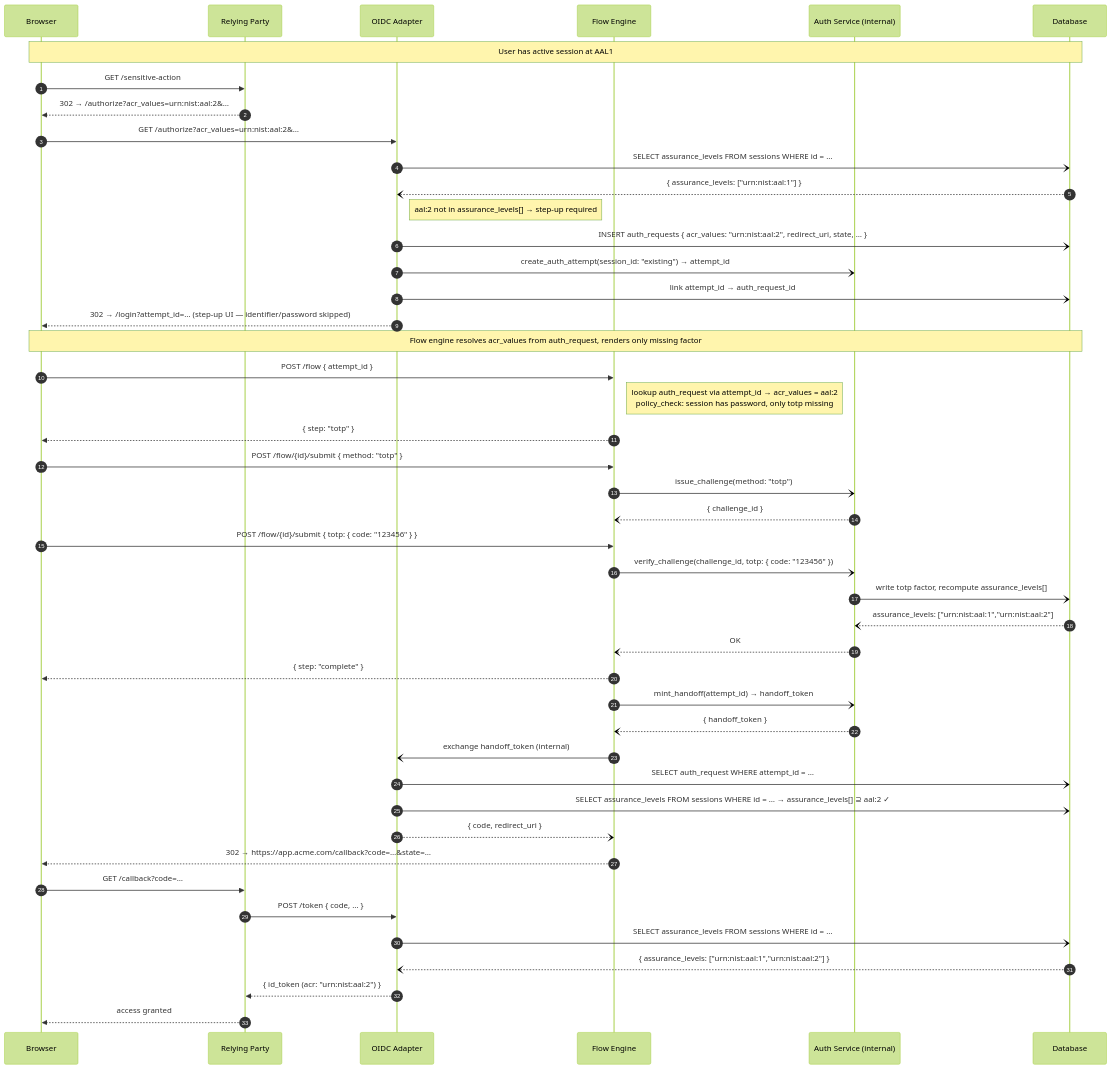
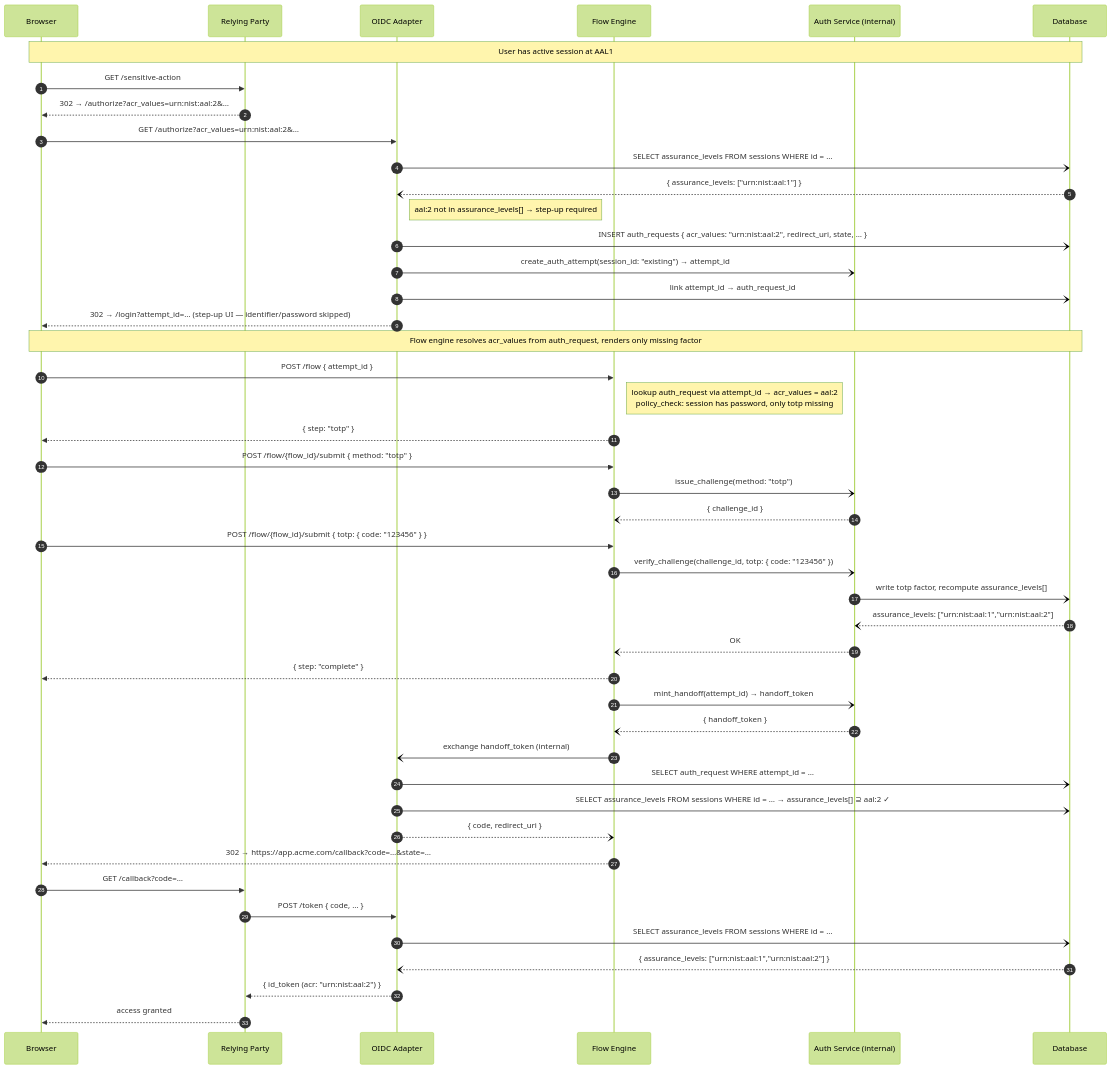
Before and after one commit to zitadel/nextgen: the fourth of 4 diagrams in docs/design/api/authn-and-auth-flows.md, drawn with Mermaid (forest theme). The commit also changed other lines of this file and 370 other files, not shown here.

````diff
--- a/docs/design/api/authn-and-auth-flows.md
+++ b/docs/design/api/authn-and-auth-flows.md
@@ -357,56 +357,56 @@
 ```mermaid
 sequenceDiagram
     autonumber
     participant Browser
     participant RP as Relying Party
     participant OIDCAdapter as OIDC Adapter
     participant FlowEngine as Flow Engine
     participant AuthService as Auth Service (internal)
     participant DB as Database
 
     Note over Browser,DB: User has active session at AAL1
 
     Browser->>RP: GET /sensitive-action
     RP-->>Browser: 302 → /authorize?acr_values=urn:nist:aal:2&…
 
     Browser->>OIDCAdapter: GET /authorize?acr_values=urn:nist:aal:2&…
     OIDCAdapter-)DB: SELECT assurance_levels FROM sessions WHERE id = …
     DB--)OIDCAdapter: { assurance_levels: ["urn:nist:aal:1"] }
     Note right of OIDCAdapter: aal:2 not in assurance_levels[] → step-up required
 
     OIDCAdapter-)DB: INSERT auth_requests { acr_values: "urn:nist:aal:2", redirect_uri, state, … }
     OIDCAdapter-)AuthService: create_auth_attempt(session_id: "existing") → attempt_id
     OIDCAdapter-)DB: link attempt_id → auth_request_id
     OIDCAdapter-->>Browser: 302 → /login?attempt_id=… (step-up UI — identifier/password skipped)
 
     Note over Browser,DB: Flow engine resolves acr_values from auth_request, renders only missing factor
 
     Browser->>FlowEngine: POST /flow { attempt_id }
     Note right of FlowEngine: lookup auth_request via attempt_id → acr_values = aal:2<br/>policy_check: session has password, only totp missing
     FlowEngine-->>Browser: { step: "totp" }
 
-    Browser->>FlowEngine: POST /flow/{id}/submit { method: "totp" }
+    Browser->>FlowEngine: POST /flow/{flow_id}/submit { method: "totp" }
     FlowEngine-)AuthService: issue_challenge(method: "totp")
     AuthService--)FlowEngine: { challenge_id }
-    Browser->>FlowEngine: POST /flow/{id}/submit { totp: { code: "123456" } }
+    Browser->>FlowEngine: POST /flow/{flow_id}/submit { totp: { code: "123456" } }
     FlowEngine-)AuthService: verify_challenge(challenge_id, totp: { code: "123456" })
     AuthService-)DB: write totp factor, recompute assurance_levels[]
     DB--)AuthService: assurance_levels: ["urn:nist:aal:1","urn:nist:aal:2"]
     AuthService--)FlowEngine: OK
     FlowEngine-->>Browser: { step: "complete" }
 
     FlowEngine-)AuthService: mint_handoff(attempt_id) → handoff_token
     AuthService--)FlowEngine: { handoff_token }
     FlowEngine-)OIDCAdapter: exchange handoff_token (internal)
     OIDCAdapter-)DB: SELECT auth_request WHERE attempt_id = …
     OIDCAdapter-)DB: SELECT assurance_levels FROM sessions WHERE id = … → assurance_levels[] ⊇ aal:2 ✓
     OIDCAdapter--)FlowEngine: { code, redirect_uri }
     FlowEngine-->>Browser: 302 → https://app.acme.com/callback?code=…&state=…
 
     Browser->>RP: GET /callback?code=…
     RP->>OIDCAdapter: POST /token { code, … }
     OIDCAdapter-)DB: SELECT assurance_levels FROM sessions WHERE id = …
     DB--)OIDCAdapter: { assurance_levels: ["urn:nist:aal:1","urn:nist:aal:2"] }
     OIDCAdapter-->>RP: { id_token (acr: "urn:nist:aal:2") }
     RP-->>Browser: access granted
 ```
````
